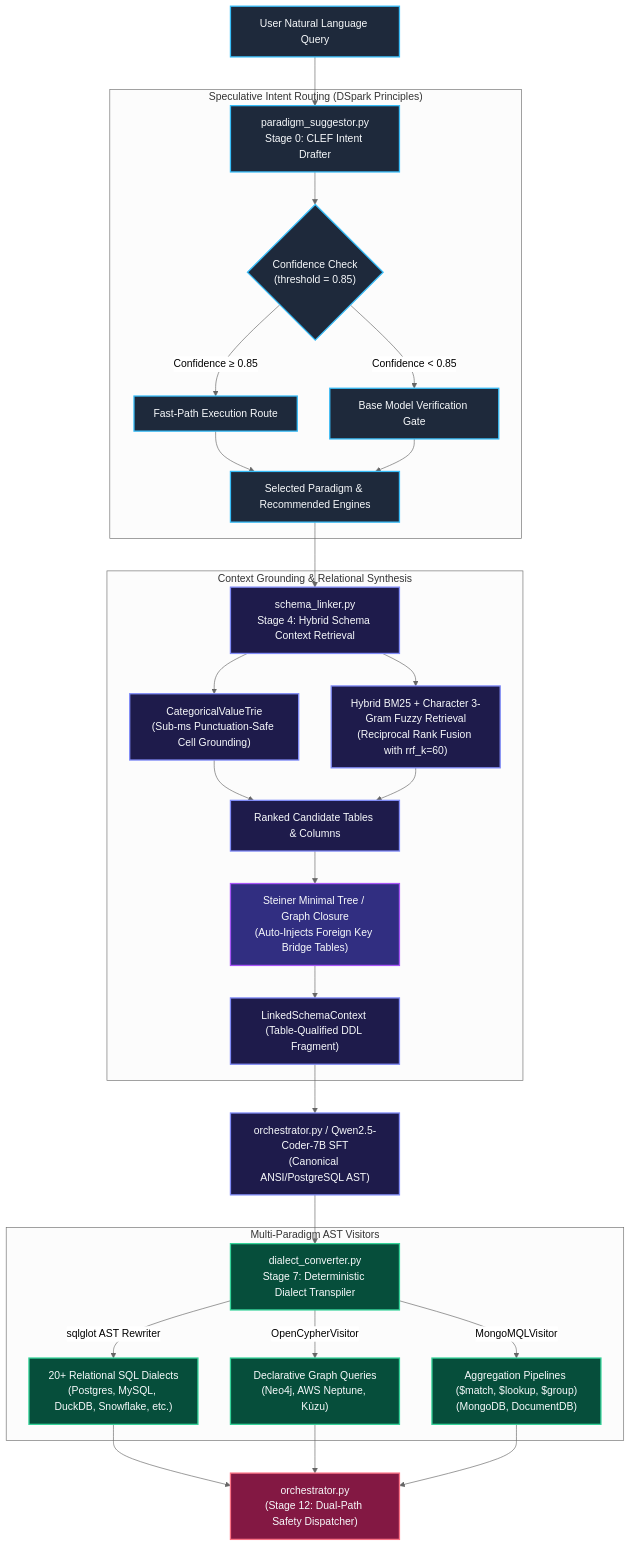
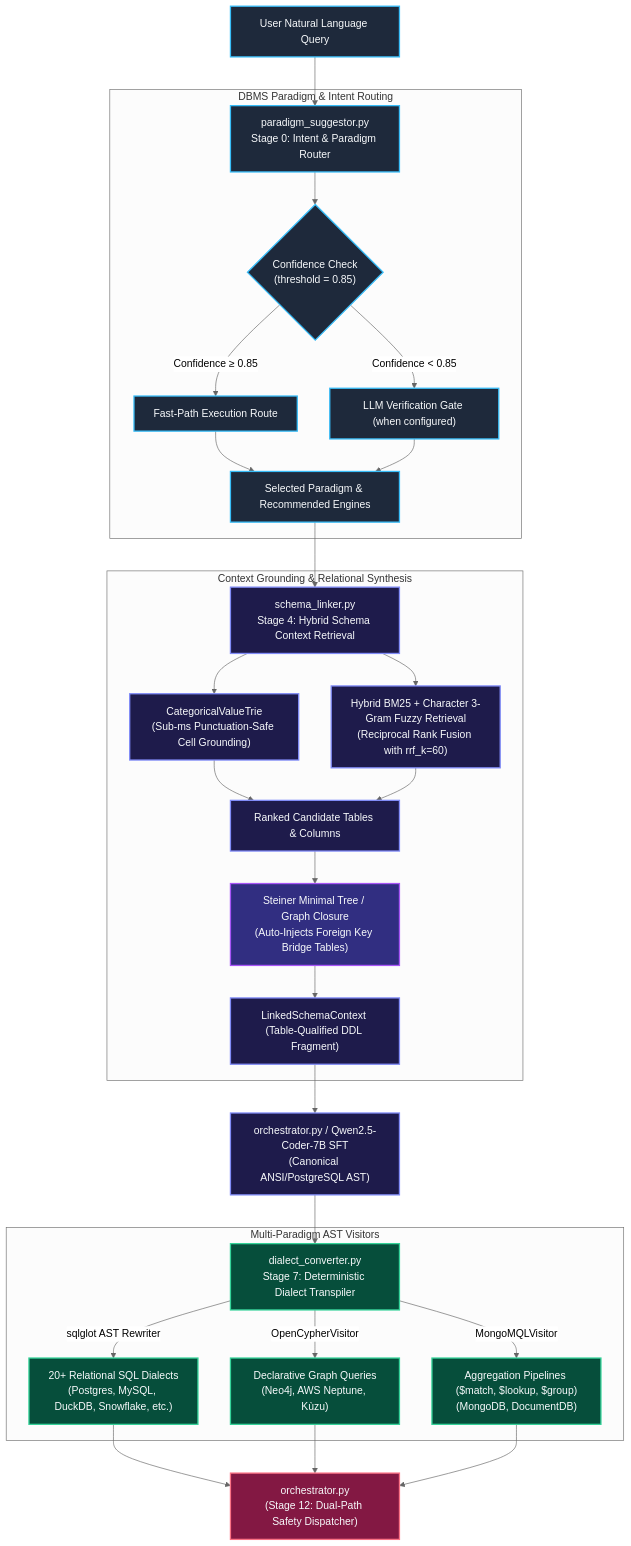
Before and after one commit to VanshikaKritiSingh/NL2SQL: the first of 4 diagrams in core/README.md, drawn with Mermaid (neutral theme). The commit also changed other lines of this file and 28 other files, not shown here.

````diff
--- a/core/README.md
+++ b/core/README.md
@@ -33,43 +33,43 @@
 ```mermaid
 flowchart TD
     classDef intake fill:#1e293b,stroke:#38bdf8,stroke-width:2px,color:#f8fafc;
     classDef rag fill:#1e1b4b,stroke:#818cf8,stroke-width:2px,color:#f8fafc;
     classDef graph_fill fill:#312e81,stroke:#a855f7,stroke-width:2px,color:#f8fafc;
     classDef target fill:#064e3b,stroke:#34d399,stroke-width:2px,color:#f8fafc;
     classDef dispatch fill:#831843,stroke:#fb7185,stroke-width:2px,color:#f8fafc;
 
-    NL["User Natural Language Query"]:::intake --> PS["paradigm_suggestor.py<br/>Stage 0: CLEF Intent Drafter"]:::intake
+    NL["User Natural Language Query"]:::intake --> PS["paradigm_suggestor.py<br/>Stage 0: Intent & Paradigm Router"]:::intake
     
-    subgraph Speculative_Routing ["Speculative Intent Routing (DSpark Principles)"]
+    subgraph Intent_Routing ["DBMS Paradigm & Intent Routing"]
         PS --> CONF{"Confidence Check<br/>(threshold = 0.85)"}:::intake
         CONF -->|"Confidence ≥ 0.85"| FAST["Fast-Path Execution Route"]:::intake
-        CONF -->|"Confidence < 0.85"| VERIFY["Base Model Verification Gate"]:::intake
+        CONF -->|"Confidence < 0.85"| VERIFY["LLM Verification Gate (when configured)"]:::intake
         FAST --> PARADIGM["Selected Paradigm & Recommended Engines"]:::intake
         VERIFY --> PARADIGM
     end
 
     PARADIGM --> SL["schema_linker.py<br/>Stage 4: Hybrid Schema Context Retrieval"]:::rag
 
     subgraph Context_Grounding ["Context Grounding & Relational Synthesis"]
         SL --> TRIE["CategoricalValueTrie<br/>(Sub-ms Punctuation-Safe Cell Grounding)"]:::rag
         SL --> RRF["Hybrid BM25 + Character 3-Gram Fuzzy Retrieval<br/>(Reciprocal Rank Fusion with rrf_k=60)"]:::rag
         TRIE --> SEEDS["Ranked Candidate Tables & Columns"]:::rag
         RRF --> SEEDS
         SEEDS --> STEINER["Steiner Minimal Tree / Graph Closure<br/>(Auto-Injects Foreign Key Bridge Tables)"]:::graph_fill
         STEINER --> PROMPT_DDL["LinkedSchemaContext (Table-Qualified DDL Fragment)"]:::rag
     end
 
     PROMPT_DDL --> SYNTH["orchestrator.py / Qwen2.5-Coder-7B SFT<br/>(Canonical ANSI/PostgreSQL AST)"]:::rag
 
     SYNTH --> DC["dialect_converter.py<br/>Stage 7: Deterministic Dialect Transpiler"]:::target
 
     subgraph Target_Transpilation ["Multi-Paradigm AST Visitors"]
         DC -->|"sqlglot AST Rewriter"| SQL_TARGETS["20+ Relational SQL Dialects<br/>(Postgres, MySQL, DuckDB, Snowflake, etc.)"]:::target
         DC -->|"OpenCypherVisitor"| CYPHER_TARGETS["Declarative Graph Queries<br/>(Neo4j, AWS Neptune, Kùzu)"]:::target
         DC -->|"MongoMQLVisitor"| MONGO_TARGETS["Aggregation Pipelines ($match, $lookup, $group)<br/>(MongoDB, DocumentDB)"]:::target
     end
 
     SQL_TARGETS --> DISPATCH["orchestrator.py<br/>(Stage 12: Dual-Path Safety Dispatcher)"]:::dispatch
     CYPHER_TARGETS --> DISPATCH
     MONGO_TARGETS --> DISPATCH
 ```
````
